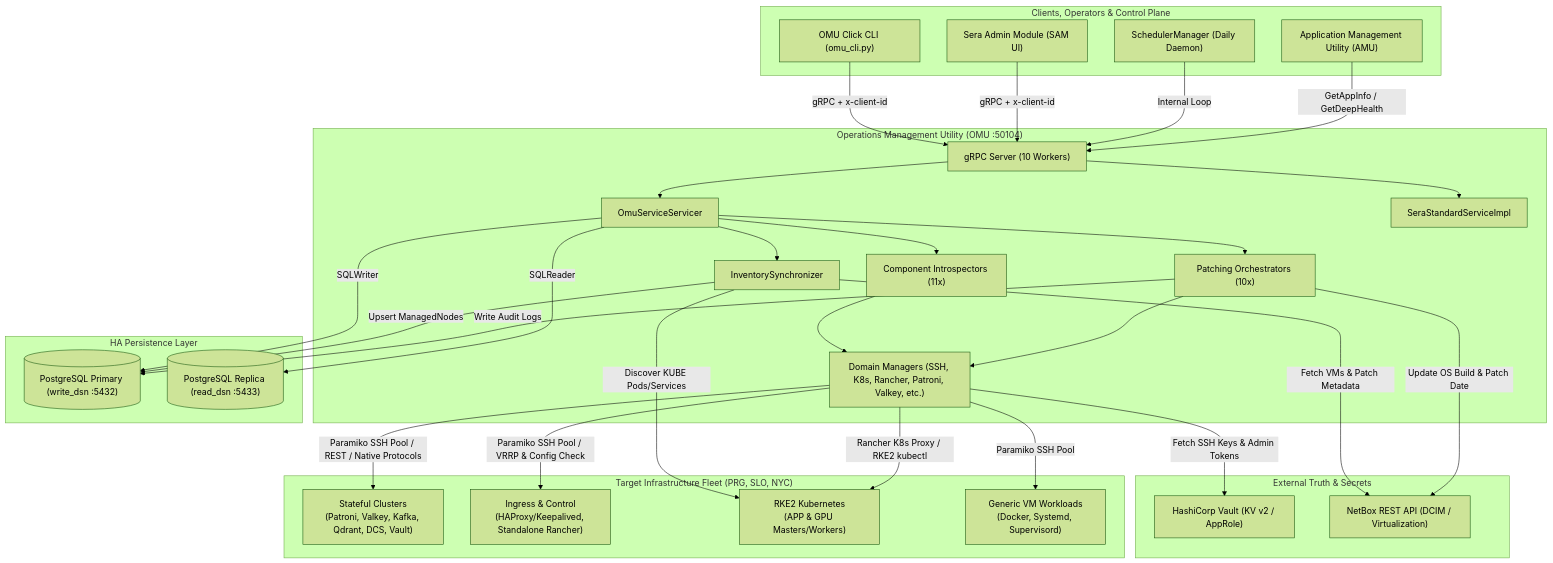
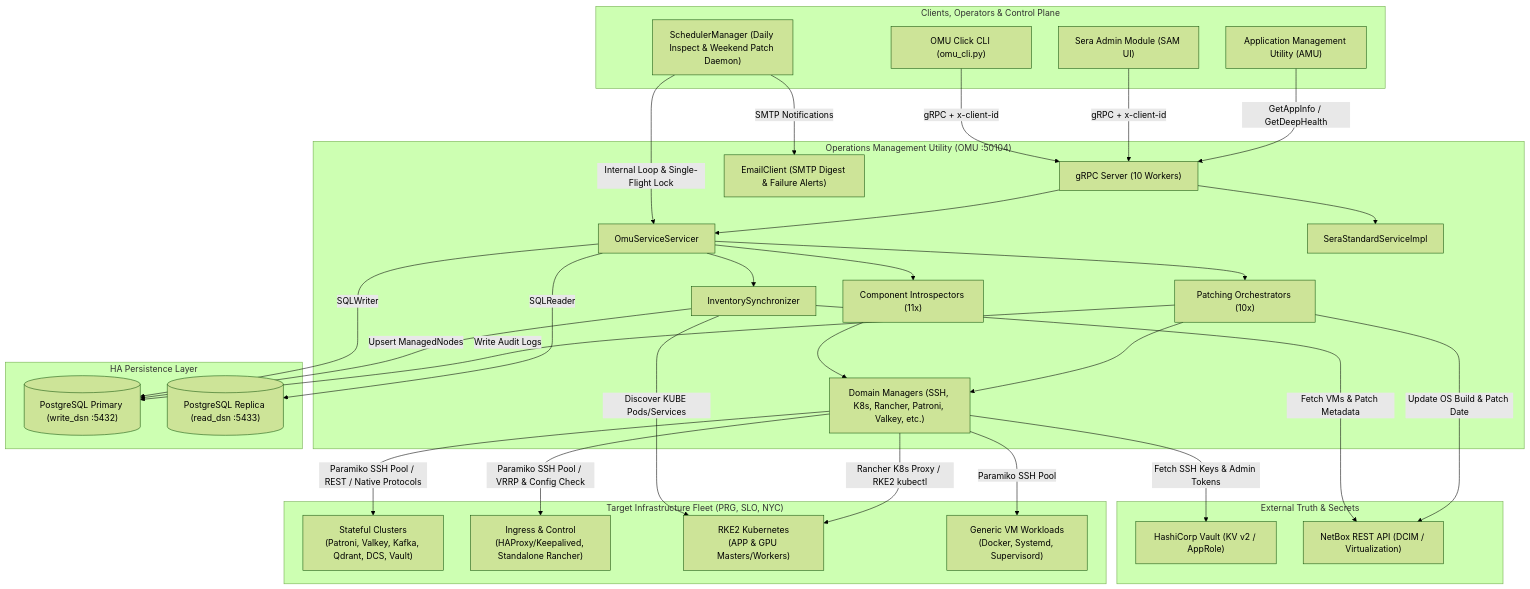
The first of 2 diagrams in omu_design.md (ssunthor/utilities-guides), drawn with Mermaid (forest theme) before and after one commit. The commit also changed other lines of this file and 2 other files, not shown here.

````diff
--- a/omu_design.md
+++ b/omu_design.md
@@ -50,65 +50,67 @@
 ```mermaid
 graph TD
     subgraph Clients ["Clients, Operators & Control Plane"]
         SAM["Sera Admin Module (SAM UI)"]
         CLI["OMU Click CLI (omu_cli.py)"]
-        SCHED["SchedulerManager (Daily Daemon)"]
+        SCHED["SchedulerManager (Daily Inspect & Weekend Patch Daemon)"]
         AMU["Application Management Utility (AMU)"]
     end
 
     subgraph OMU_Core ["Operations Management Utility (OMU :50104)"]
         GRPC["gRPC Server (10 Workers)"]
         OMU_SVC["OmuServiceServicer"]
         SERA_SVC["SeraStandardServiceImpl"]
         SYNC["InventorySynchronizer"]
         INTRO["Component Introspectors (11x)"]
         PATCH["Patching Orchestrators (10x)"]
         MGR["Domain Managers (SSH, K8s, Rancher, Patroni, Valkey, etc.)"]
+        EMAIL["EmailClient (SMTP Digest & Failure Alerts)"]
     end
 
     subgraph Persistence ["HA Persistence Layer"]
         PG_WRITE[("PostgreSQL Primary (write_dsn :5432)")]
         PG_READ[("PostgreSQL Replica (read_dsn :5433)")]
     end
 
     subgraph External_Truth ["External Truth & Secrets"]
         VAULT["HashiCorp Vault (KV v2 / AppRole)"]
         NETBOX["NetBox REST API (DCIM / Virtualization)"]
     end
 
     subgraph Target_Fleet ["Target Infrastructure Fleet (PRG, SLO, NYC)"]
         STATEFUL["Stateful Clusters<br/>(Patroni, Valkey, Kafka, Qdrant, DCS, Vault)"]
         INGRESS["Ingress & Control<br/>(HAProxy/Keepalived, Standalone Rancher)"]
         K8S["RKE2 Kubernetes<br/>(APP & GPU Masters/Workers)"]
         GENERIC["Generic VM Workloads<br/>(Docker, Systemd, Supervisord)"]
     end
 
     CLI -->|gRPC + x-client-id| GRPC
     SAM -->|gRPC + x-client-id| GRPC
-    SCHED -->|Internal Loop| GRPC
+    SCHED -->|Internal Loop & Single-Flight Lock| OMU_SVC
+    SCHED -->|SMTP Notifications| EMAIL
     AMU -->|GetAppInfo / GetDeepHealth| GRPC
 
     GRPC --> OMU_SVC
     GRPC --> SERA_SVC
 
     OMU_SVC --> SYNC
     OMU_SVC --> INTRO
     OMU_SVC --> PATCH
     OMU_SVC -->|SQLReader| PG_READ
     OMU_SVC -->|SQLWriter| PG_WRITE
 
     SYNC -->|Fetch VMs & Patch Metadata| NETBOX
     SYNC -->|Discover KUBE Pods/Services| K8S
     SYNC -->|Upsert ManagedNodes| PG_WRITE
 
     INTRO --> MGR
     PATCH --> MGR
     PATCH -->|Write Audit Logs| PG_WRITE
     PATCH -->|Update OS Build & Patch Date| NETBOX
 
     MGR -->|Fetch SSH Keys & Admin Tokens| VAULT
     MGR -->|Paramiko SSH Pool / REST / Native Protocols| STATEFUL
     MGR -->|Paramiko SSH Pool / VRRP & Config Check| INGRESS
     MGR -->|Rancher K8s Proxy / RKE2 kubectl| K8S
     MGR -->|Paramiko SSH Pool| GENERIC
 ```
````
